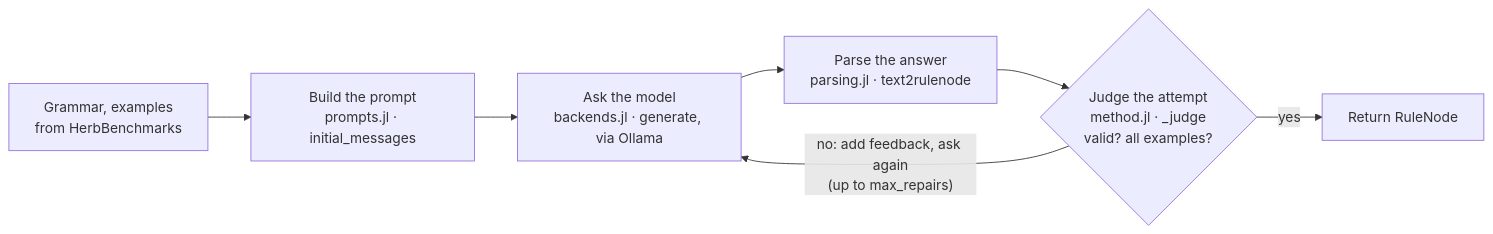
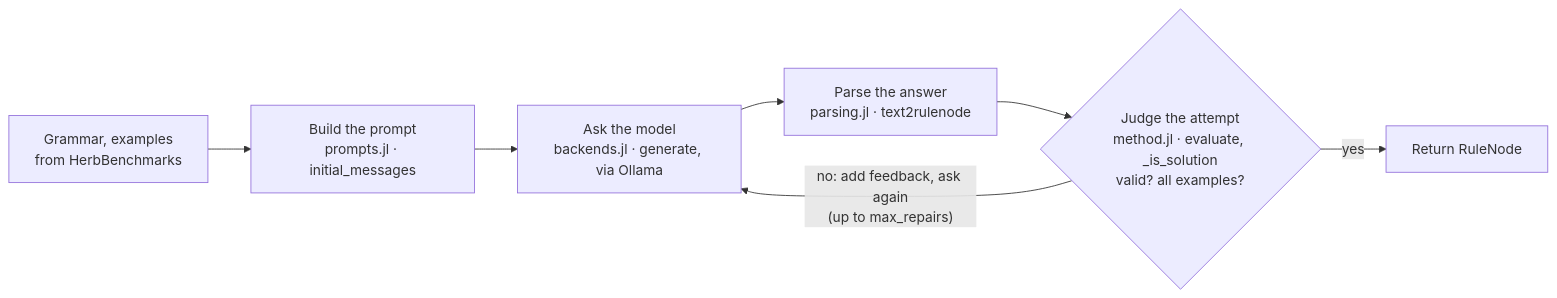
Before and after one commit to Herb-AI/Garden.jl: the diagram in src/llm_baseline/CODE_GUIDE.md, drawn with Mermaid. The commit also changed other lines of this file and 1 other file, not shown here.

First line of the commit message:
refactor: drop _Setup and _judge from the main loop

````diff
--- a/src/llm_baseline/CODE_GUIDE.md
+++ b/src/llm_baseline/CODE_GUIDE.md
@@ -9,9 +9,9 @@
 ```mermaid
 flowchart LR
     A["Grammar, examples<br/>from HerbBenchmarks"] --> B["Build the prompt<br/>prompts.jl · initial_messages"]
     B --> C["Ask the model<br/>backends.jl · generate, via Ollama"]
     C --> D["Parse the answer<br/>parsing.jl · text2rulenode"]
-    D --> E{"Judge the attempt<br/>method.jl · _judge<br/>valid? all examples?"}
+    D --> E{"Judge the attempt<br/>method.jl · evaluate, _is_solution<br/>valid? all examples?"}
     E -- yes --> F["Return RuleNode"]
     E -- "no: add feedback, ask again<br/>(up to max_repairs)" --> C
 ```
````
